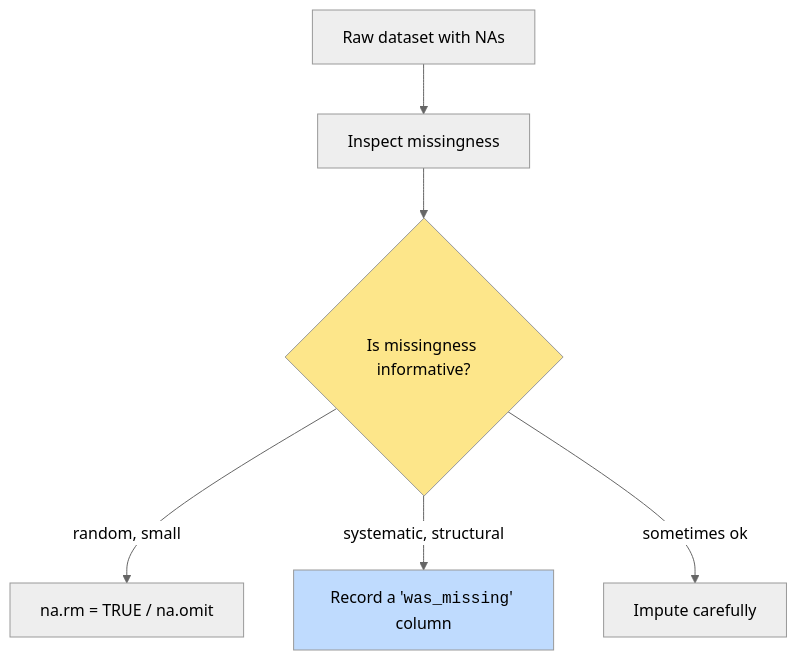
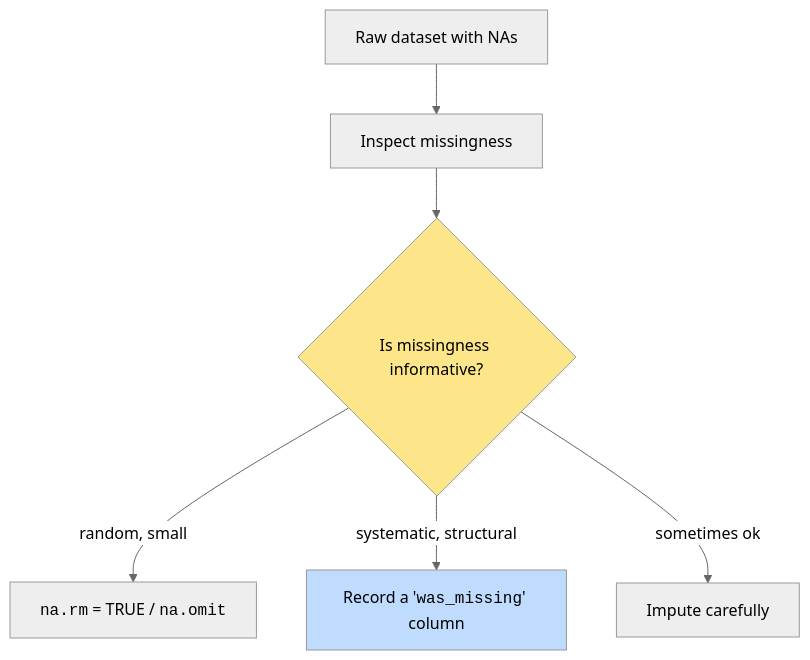
Before and after one commit to dataslope/dataslope: the diagram in content/learn/practical-r-for-beginners/missing-values.mdx, drawn with Mermaid (neutral theme). The commit also changed 100 other files, not shown here.

First line of the commit message:
Wrap more code in diagram labels: filenames, hex, assignments, subgraph titles

````diff
--- a/content/learn/practical-r-for-beginners/missing-values.mdx
+++ b/content/learn/practical-r-for-beginners/missing-values.mdx
@@ -126,15 +126,15 @@
 ```mermaid
 flowchart TB
   raw["Raw dataset with NAs"]
   inspect["Inspect missingness"]
   decide{"Is missingness informative?"}
-  drop["na.rm = TRUE / na.omit"]
+  drop["<code>na.rm</code> = TRUE / <code>na.omit</code>"]
   impute["Impute carefully"]
   flag["Record a '<code>was_missing</code>' column"]
   raw --> inspect --> decide
   decide -->|"random, small"| drop
   decide -->|"systematic, structural"| flag
   decide -->|"sometimes ok"| impute
   style decide fill:#fde68a
   style flag fill:#bfdbfe
 ```
````
